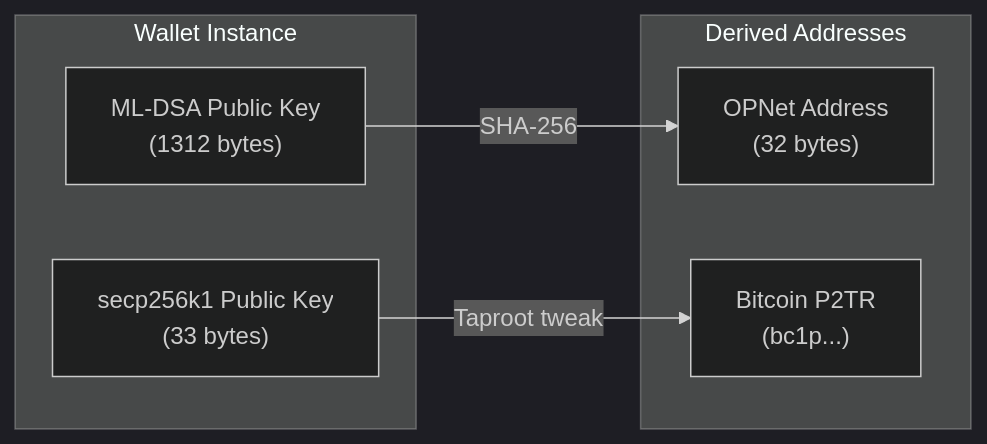
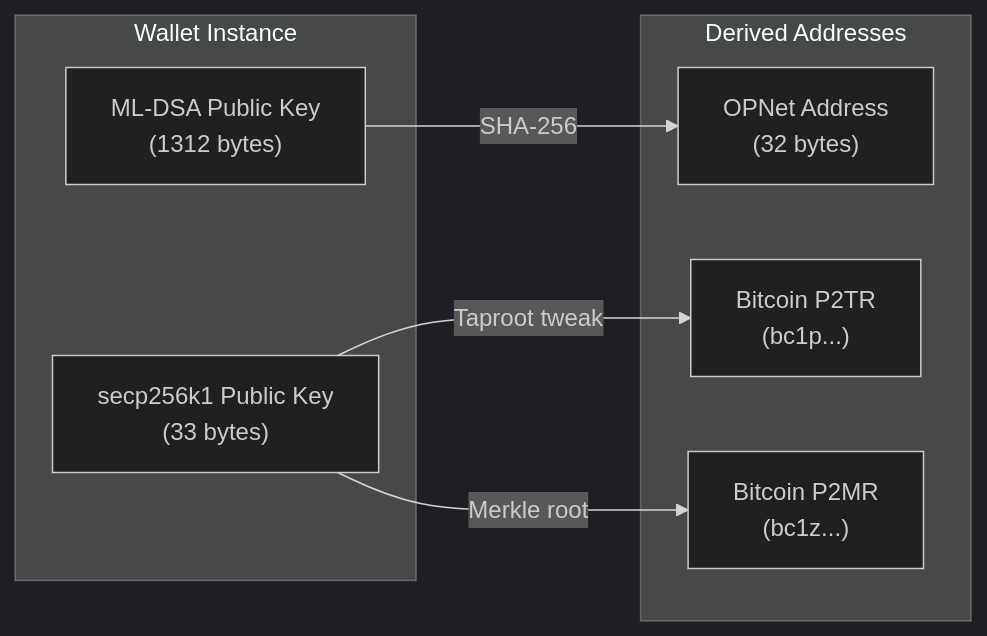
One commit to btc-vision/transaction changed the fifth of 5 diagrams in documentation/getting-started/overview.md. Above: the diagram before and after it, drawn with Mermaid (dark theme). The commit also changed other lines of this file and 13 other files, not shown here.

````diff
--- a/documentation/getting-started/overview.md
+++ b/documentation/getting-started/overview.md
@@ -292,15 +292,17 @@
 ```mermaid
 flowchart LR
     MLDSA["ML-DSA Public Key<br/>(1312 bytes)"] -->|SHA-256| OPNet["OPNet Address<br/>(32 bytes)"]
     Secp["secp256k1 Public Key<br/>(33 bytes)"] -->|Taproot tweak| P2TR["Bitcoin P2TR<br/>(bc1p...)"]
+    Secp -->|Merkle root| P2MR["Bitcoin P2MR<br/>(bc1z...)"]
 
     subgraph Wallet["Wallet Instance"]
         MLDSA
         Secp
     end
 
     subgraph Addresses["Derived Addresses"]
         OPNet
         P2TR
+        P2MR
     end
 ```
````
